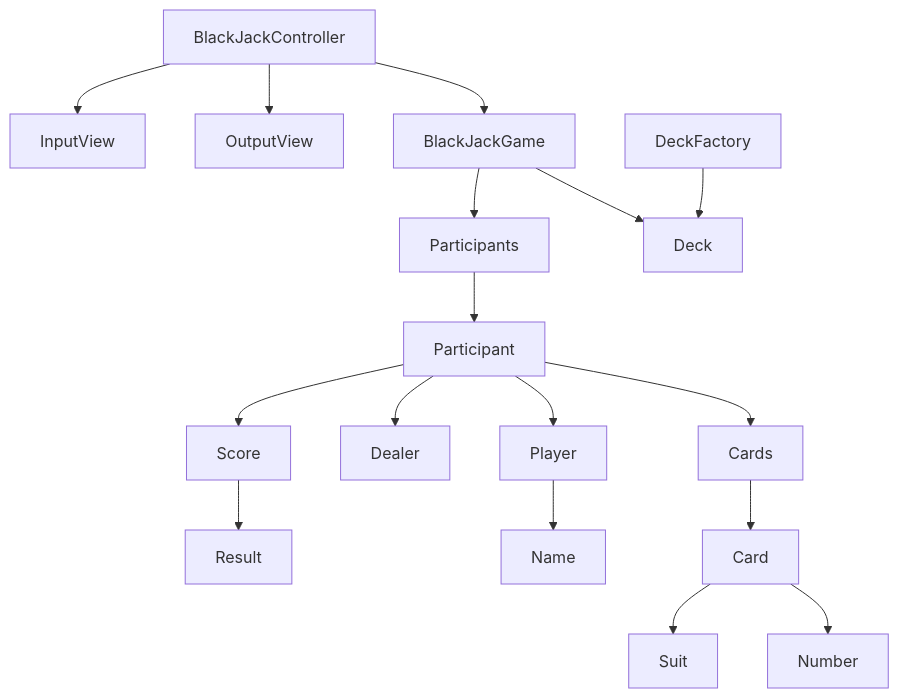
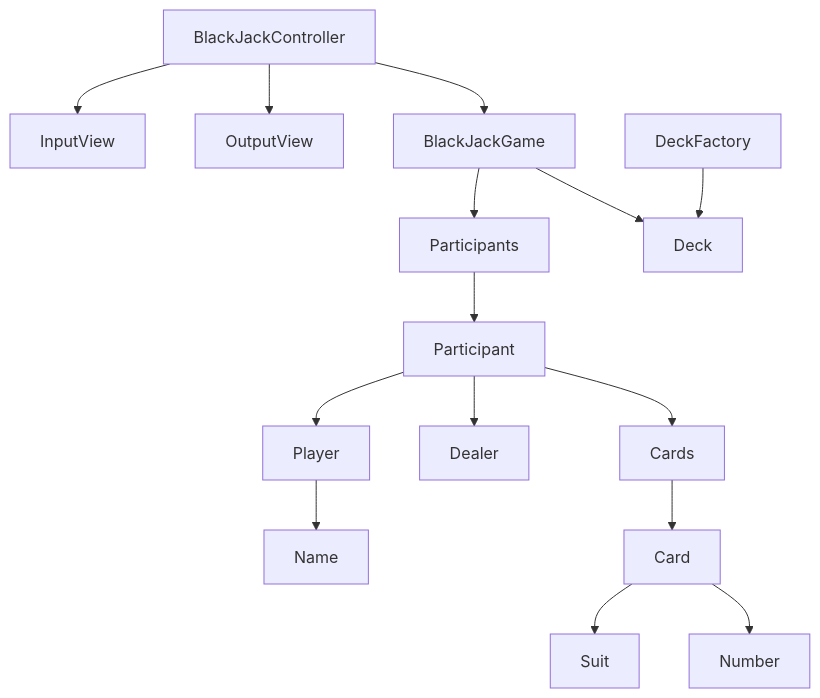
One commit to woowacourse/java-blackjack changed the diagram in README.md. Above: the diagram before and after it, drawn with Mermaid. The commit also changed other lines of this file and 1 other file, not shown here.

````diff
--- a/README.md
+++ b/README.md
@@ -24,27 +24,24 @@
 ```mermaid
 graph TD
     BlackJackController --> InputView
     BlackJackController --> OutputView
     BlackJackController --> BlackJackGame
     
     BlackJackGame --> Participants
     BlackJackGame --> Deck
 
     DeckFactory --> Deck
     
     Participants --> Participant
     
     Participant --> Player
     Participant --> Dealer
     Participant --> Cards
-    Participant --> Score
-    
-    Score --> Result
     
     Player --> Name
     
     Cards --> Card
     
     Card --> Suit
     Card --> Number
 ```
````
